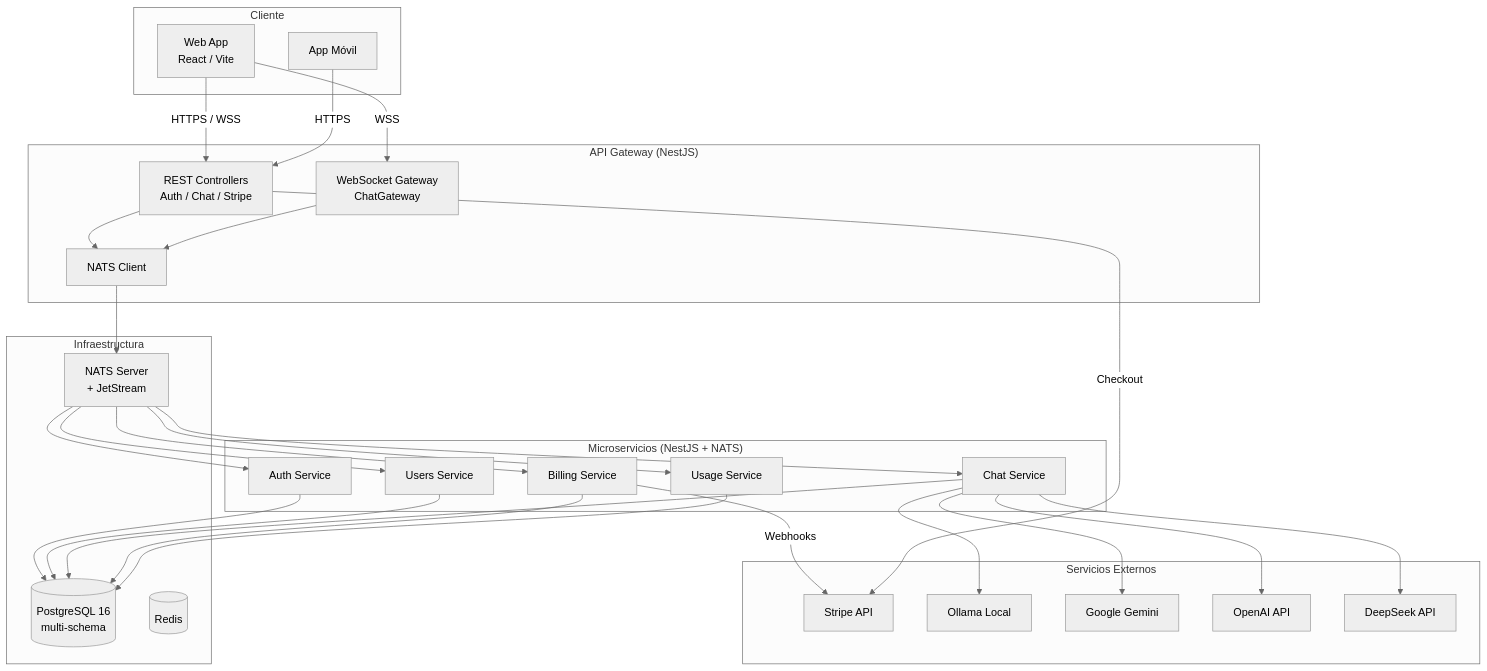
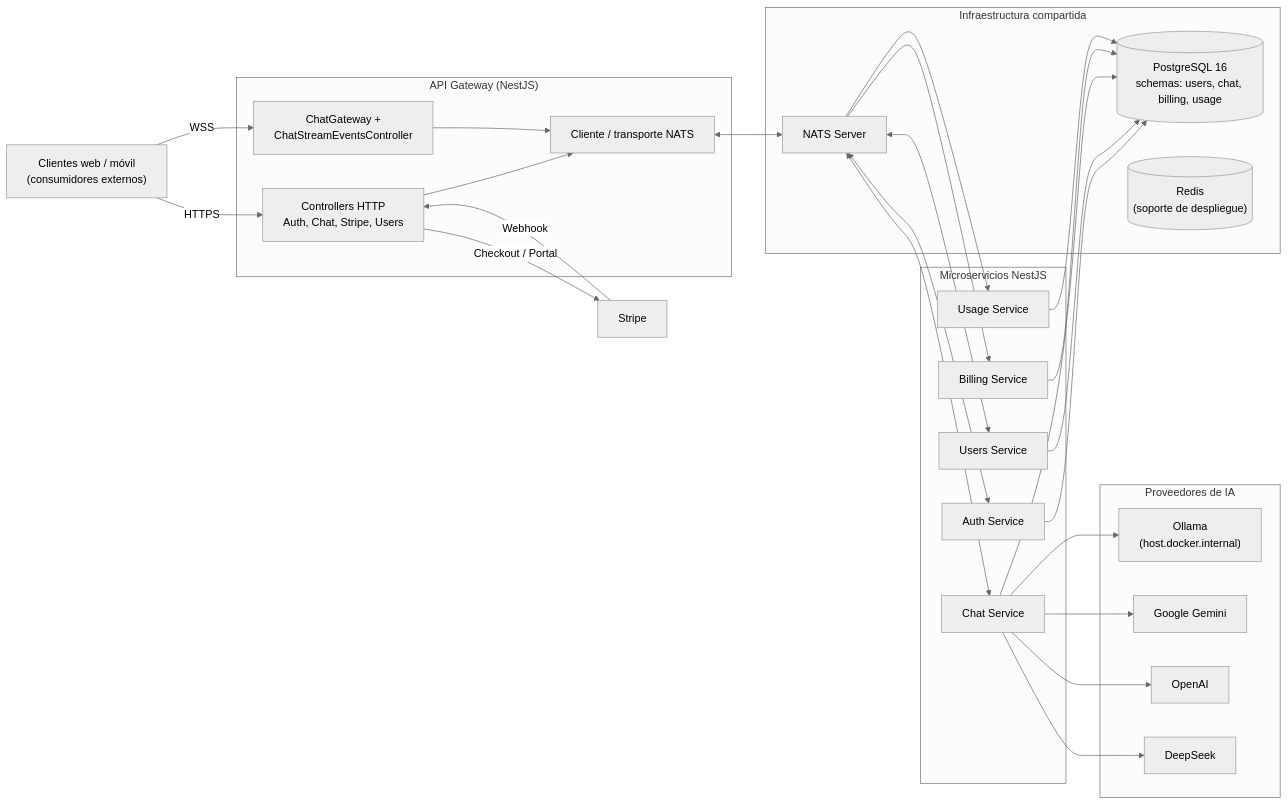
Before and after one commit to UNCSM-r0m0/saas-backend: the first of 2 diagrams in docs/uml-entrega/06-diagrama-componentes-despliegue.md, drawn with Mermaid (neutral theme). The commit also changed other lines of this file and 5 other files, not shown here.

Commit message:
docs(uml): align backend delivery diagrams

````diff
--- a/docs/uml-entrega/06-diagrama-componentes-despliegue.md
+++ b/docs/uml-entrega/06-diagrama-componentes-despliegue.md
@@ -8,58 +9,59 @@
 ```mermaid
-flowchart TB
-    subgraph Cliente
-        WEB[Web App<br/>React / Vite]
-        MOB[App Móvil]
+flowchart LR
+    CLIENTE["Clientes web / móvil\n(consumidores externos)"]
+    STRIPE["Stripe"]
+
+    subgraph GATEWAY["API Gateway (NestJS)"]
+        HTTP["Controllers HTTP\nAuth, Chat, Stripe, Users"]
+        WS["ChatGateway +\nChatStreamEventsController"]
+        NATS_GW["Cliente / transporte NATS"]
     end
 
-    subgraph "API Gateway (NestJS)"
-        GW_HTTP[REST Controllers<br/>Auth / Chat / Stripe]
-        GW_WS[WebSocket Gateway<br/>ChatGateway]
-        NATS_CLIENT[NATS Client]
+    subgraph MICROS["Microservicios NestJS"]
+        AUTH["Auth Service"]
+        USERS["Users Service"]
+        CHAT["Chat Service"]
+        BILL["Billing Service"]
+        USAGE["Usage Service"]
     end
 
-    subgraph "Microservicios (NestJS + NATS)"
-        AUTH_MS[Auth Service]
-        USERS_MS[Users Service]
-        CHAT_MS[Chat Service]
-        BILL_MS[Billing Service]
-        USAGE_MS[Usage Service]
+    subgraph INFRA["Infraestructura compartida"]
+        NATS["NATS Server"]
+        DB[("PostgreSQL 16\nschemas: users, chat, billing, usage")]
+        REDIS[("Redis\n(soporte de despliegue)")]
     end
 
-    subgraph Infraestructura
-        DB[(PostgreSQL 16<br/>multi-schema)]
-        CACHE[(Redis)]
-        BUS[NATS Server<br/>+ JetStream]
+    subgraph IA["Proveedores de IA"]
+        OLLAMA["Ollama\n(host.docker.internal)"]
+        GEMINI["Google Gemini"]
+        OPENAI["OpenAI"]
+        DEEPSEEK["DeepSeek"]
     end
 
-    subgraph "Servicios Externos"
-        STRIPE[Stripe API]
-        OLLAMA[Ollama Local]
-        GEMINI[Google Gemini]
-        OPENAI[OpenAI API]
-        DEEPSEEK[DeepSeek API]
-    end
+    CLIENTE -->|HTTPS| HTTP
+    CLIENTE -->|WSS| WS
 
-    WEB -->|HTTPS / WSS| GW_HTTP
-    WEB -->|WSS| GW_WS
-    MOB -->|HTTPS| GW_HTTP
-    GW_HTTP --> NATS_CLIENT
-    GW_WS --> NATS_CLIENT
-    NATS_CLIENT --> BUS
-    BUS --> AUTH_MS
-    BUS --> USERS_MS
-    BUS --> CHAT_MS
-    BUS --> BILL_MS
-    BUS --> USAGE_MS
-    AUTH_MS --> DB
-    USERS_MS --> DB
-    CHAT_MS --> DB
-    CHAT_MS --> OLLAMA
-    CHAT_MS --> GEMINI
-    CHAT_MS --> OPENAI
-    CHAT_MS --> DEEPSEEK
-    BILL_MS --> DB
-    USAGE_MS --> DB
-    BILL_MS -->|Webhooks| STRIPE
-    GW_HTTP -->|Checkout| STRIPE
+    HTTP --> NATS_GW
+    WS --> NATS_GW
+    NATS_GW <--> NATS
+
+    NATS <--> AUTH
+    NATS <--> USERS
+    NATS <--> CHAT
+    NATS --> BILL
+    NATS --> USAGE
+
+    AUTH --> DB
+    USERS --> DB
+    CHAT --> DB
+    BILL --> DB
+    USAGE --> DB
+
+    CHAT --> OLLAMA
+    CHAT --> GEMINI
+    CHAT --> OPENAI
+    CHAT --> DEEPSEEK
+
+    HTTP -->|Checkout / Portal| STRIPE
+    STRIPE -->|Webhook| HTTP
 ```
````
